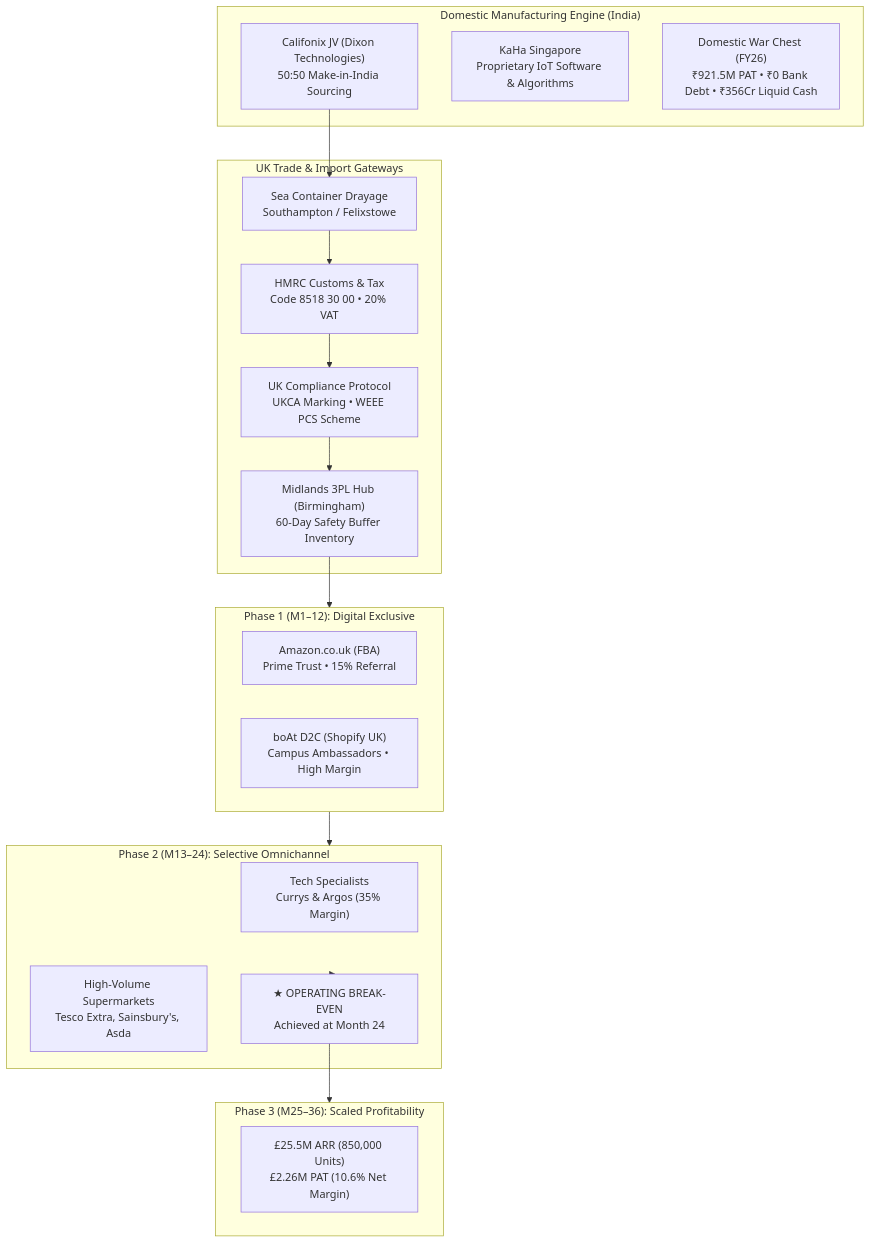
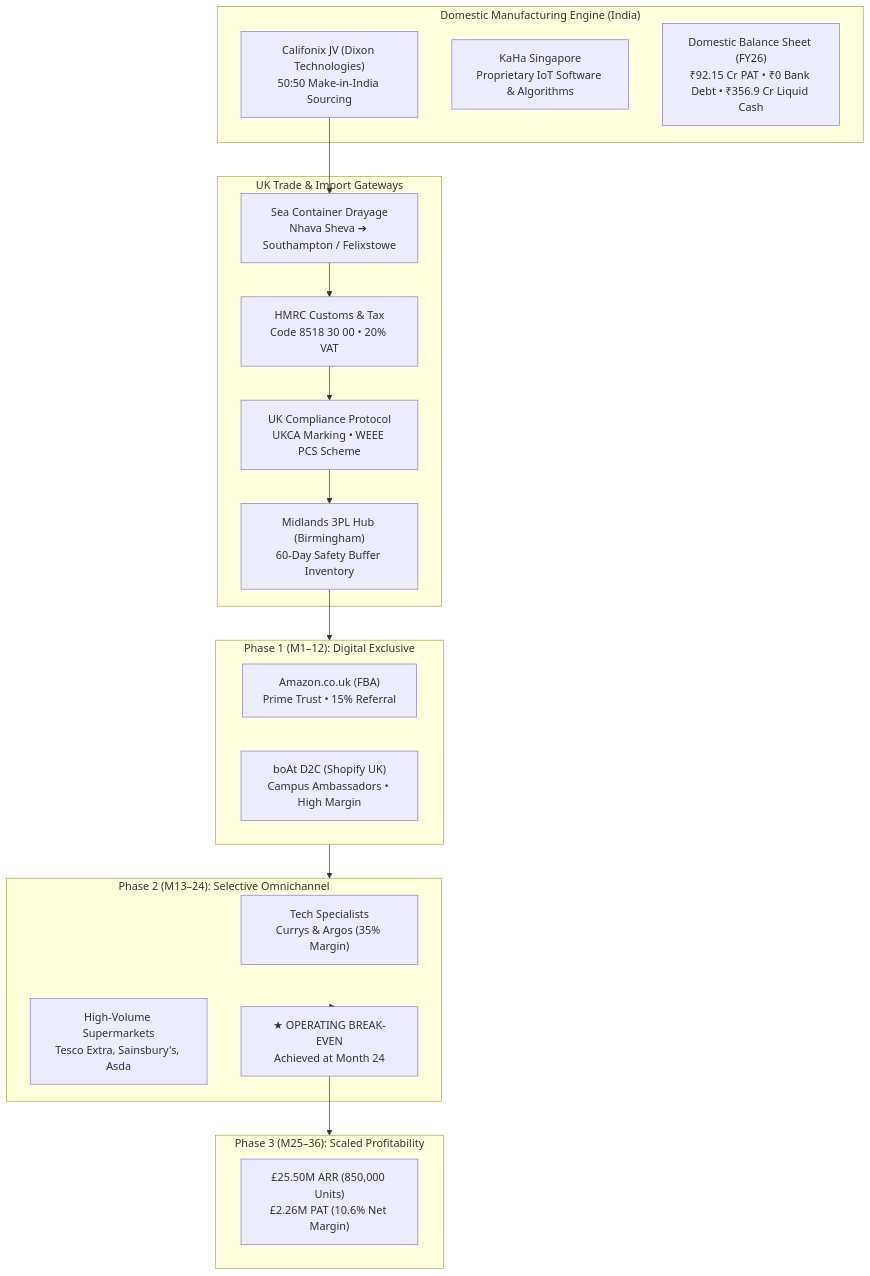
The first of 3 diagrams in README.md (spoorthi-yadav/boat-uk-market-entry-strategy), drawn with Mermaid before and after one commit. The commit also changed other lines of this file, not shown here.

````diff
--- a/README.md
+++ b/README.md
@@ -29,39 +80,39 @@
 ```mermaid
 flowchart TD
     subgraph Sourcing["Domestic Manufacturing Engine (India)"]
         Dixon["Califonix JV (Dixon Technologies)<br/>50:50 Make-in-India Sourcing"]
         KaHa["KaHa Singapore<br/>Proprietary IoT Software & Algorithms"]
-        WarChest["Domestic War Chest (FY26)<br/>₹921.5M PAT • ₹0 Bank Debt • ₹356Cr Liquid Cash"]
+        WarChest["Domestic Balance Sheet (FY26)<br/>₹92.15 Cr PAT • ₹0 Bank Debt • ₹356.9 Cr Liquid Cash"]
     end
 
     subgraph Logistics["UK Trade & Import Gateways"]
-        Sea["Sea Container Drayage<br/>Southampton / Felixstowe"]
+        Sea["Sea Container Drayage<br/>Nhava Sheva ➔ Southampton / Felixstowe"]
         HMRC["HMRC Customs & Tax<br/>Code 8518 30 00 • 20% VAT"]
         Compliance["UK Compliance Protocol<br/>UKCA Marking • WEEE PCS Scheme"]
         Midlands3PL["Midlands 3PL Hub (Birmingham)<br/>60-Day Safety Buffer Inventory"]
     end
 
     subgraph Phase1["Phase 1 (M1–12): Digital Exclusive"]
         Amz["Amazon.co.uk (FBA)<br/>Prime Trust • 15% Referral"]
         D2C["boAt D2C (Shopify UK)<br/>Campus Ambassadors • High Margin"]
     end
 
     subgraph Phase2["Phase 2 (M13–24): Selective Omnichannel"]
         Tech["Tech Specialists<br/>Currys & Argos (35% Margin)"]
         Grocers["High-Volume Supermarkets<br/>Tesco Extra, Sainsbury's, Asda"]
         BreakEven["★ OPERATING BREAK-EVEN<br/>Achieved at Month 24"]
     end
 
     subgraph Phase3["Phase 3 (M25–36): Scaled Profitability"]
-        Maturity["£25.5M ARR (850,000 Units)<br/>£2.26M PAT (10.6% Net Margin)"]
+        Maturity["£25.50M ARR (850,000 Units)<br/>£2.26M PAT (10.6% Net Margin)"]
     end
 
     Dixon --> Sea
     Sea --> HMRC
     HMRC --> Compliance
     Compliance --> Midlands3PL
     Midlands3PL --> Phase1
     Phase1 --> Phase2
     Phase2 --> BreakEven
     BreakEven --> Phase3
 ```
````
